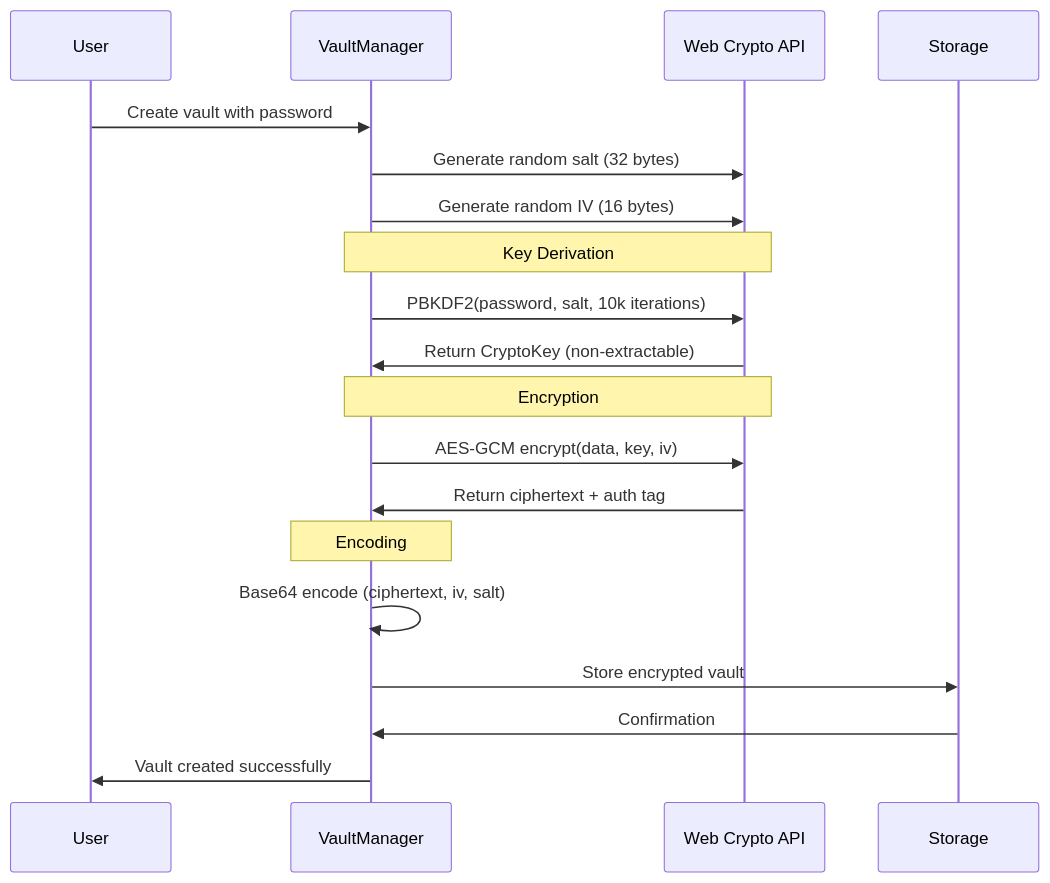
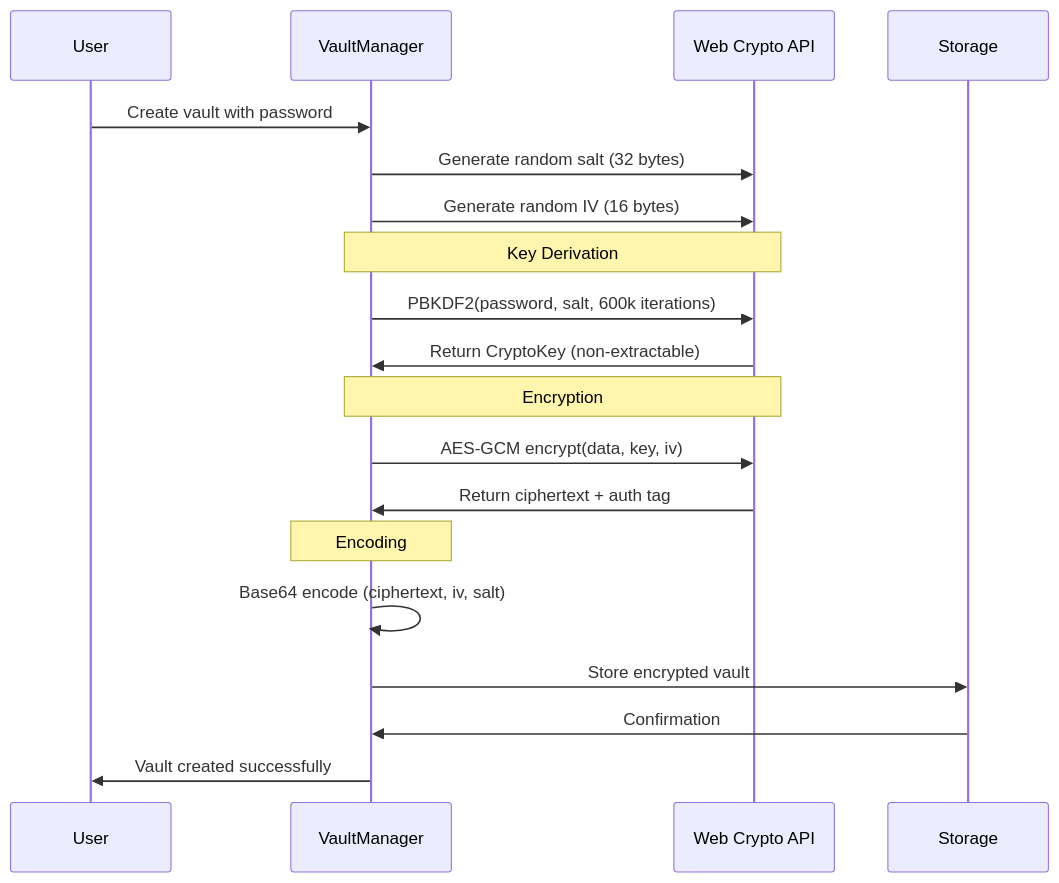
Before and after one commit to SuperSafeWallet/SuperSafe-Docs: the second of 6 diagrams in doc-sources/SECURITY.md, drawn with Mermaid. The commit also changed other lines of this file and 9 other files, not shown here.

````diff
--- a/doc-sources/SECURITY.md
+++ b/doc-sources/SECURITY.md
@@ -163,26 +163,26 @@
 ```mermaid
 sequenceDiagram
     participant U as User
     participant VM as VaultManager
     participant WC as Web Crypto API
     participant S as Storage
 
     U->>VM: Create vault with password
     VM->>WC: Generate random salt (32 bytes)
     VM->>WC: Generate random IV (16 bytes)
     
     Note over VM,WC: Key Derivation
-    VM->>WC: PBKDF2(password, salt, 10k iterations)
+    VM->>WC: PBKDF2(password, salt, 600k iterations)
     WC->>VM: Return CryptoKey (non-extractable)
     
     Note over VM,WC: Encryption
     VM->>WC: AES-GCM encrypt(data, key, iv)
     WC->>VM: Return ciphertext + auth tag
     
     Note over VM: Encoding
     VM->>VM: Base64 encode (ciphertext, iv, salt)
     
     VM->>S: Store encrypted vault
     S->>VM: Confirmation
     VM->>U: Vault created successfully
 ```
````
